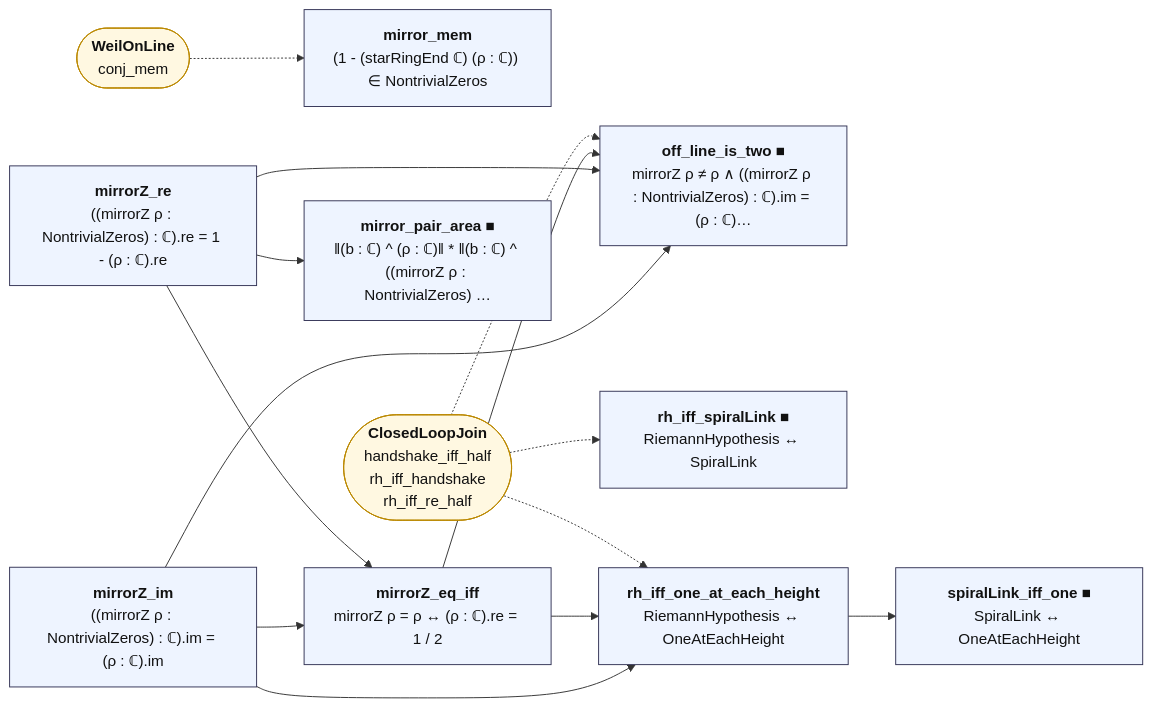
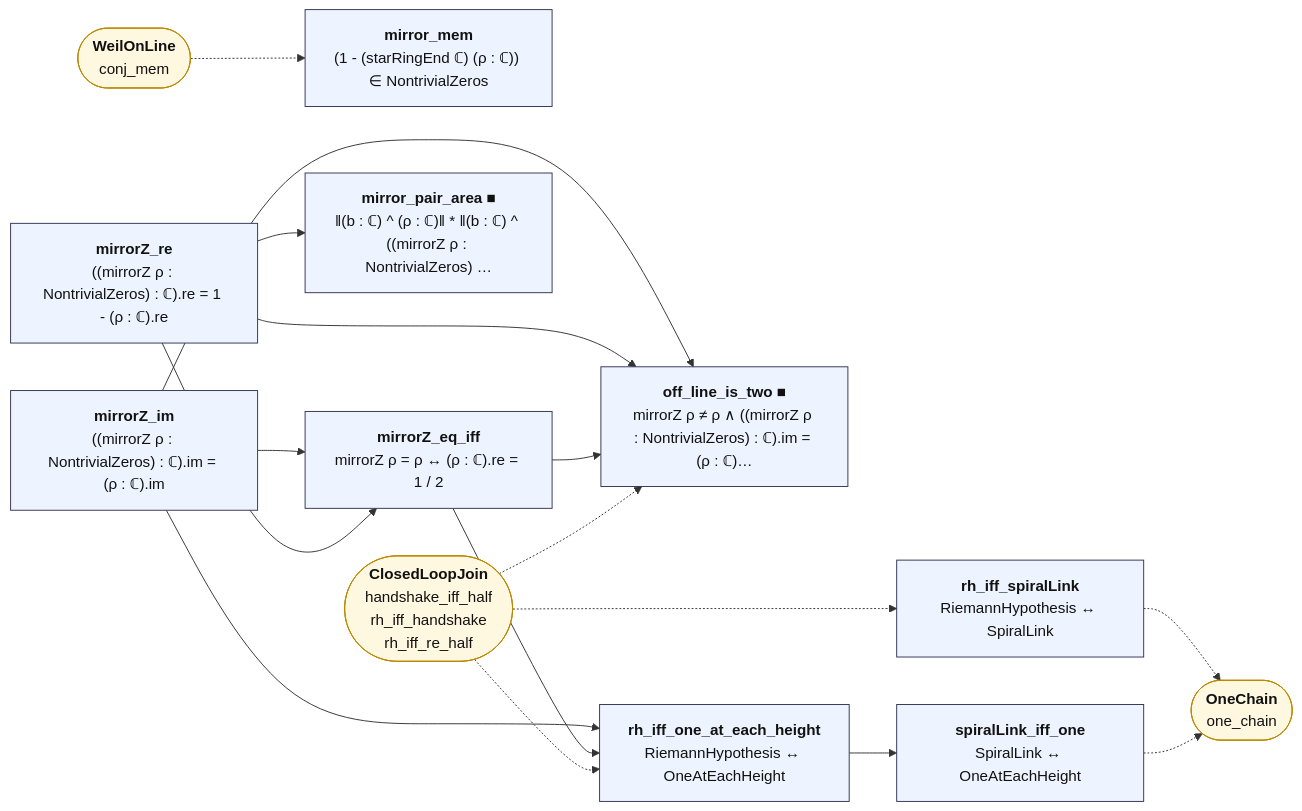
The diagram in map/lean_stage3/SpiralLink.md (juliansambranojr/Primebeat_081426), drawn with Mermaid before and after one commit. The commit also changed other lines of this file and 62 other files, not shown here.

First line of the commit message:
Block J4: one chain, the closed loop tied to the tree's main theorems (unit 0479)

````diff
--- a/map/lean_stage3/SpiralLink.md
+++ b/map/lean_stage3/SpiralLink.md
@@ -14,35 +14,38 @@
 ```mermaid
 flowchart LR
   n0["<b>mirror_mem</b><br/>(1 - (starRingEnd ℂ) (ρ : ℂ)) ∈ NontrivialZeros"]:::thm
   n1["<b>mirrorZ_im</b><br/>((mirrorZ ρ : NontrivialZeros) : ℂ).im = (ρ : ℂ).im"]:::thm
   n2["<b>mirrorZ_re</b><br/>((mirrorZ ρ : NontrivialZeros) : ℂ).re = 1 - (ρ : ℂ).re"]:::thm
   n3["<b>mirrorZ_eq_iff</b><br/>mirrorZ ρ = ρ ↔ (ρ : ℂ).re = 1 / 2"]:::thm
   n4["<b>mirror_pair_area ■</b><br/>‖(b : ℂ) ^ (ρ : ℂ)‖ * ‖(b : ℂ) ^ ((mirrorZ ρ : NontrivialZeros) …"]:::thm
   n5["<b>off_line_is_two ■</b><br/>mirrorZ ρ ≠ ρ ∧ ((mirrorZ ρ : NontrivialZeros) : ℂ).im = (ρ : ℂ)…"]:::thm
-  n6["<b>rh_iff_spiralLink ■</b><br/>RiemannHypothesis ↔ SpiralLink"]:::thm
+  n6["<b>rh_iff_spiralLink</b><br/>RiemannHypothesis ↔ SpiralLink"]:::thm
   n7["<b>rh_iff_one_at_each_height</b><br/>RiemannHypothesis ↔ OneAtEachHeight"]:::thm
-  n8["<b>spiralLink_iff_one ■</b><br/>SpiralLink ↔ OneAtEachHeight"]:::thm
+  n8["<b>spiralLink_iff_one</b><br/>SpiralLink ↔ OneAtEachHeight"]:::thm
   x0(["<b>WeilOnLine</b><br/>conj_mem"]):::ext
   x1(["<b>ClosedLoopJoin</b><br/>handshake_iff_half<br/>rh_iff_handshake<br/>rh_iff_re_half"]):::ext
+  x2(["<b>OneChain</b><br/>one_chain"]):::ext
   n1 --> n3
   n1 --> n5
   n1 --> n7
   n2 --> n3
   n2 --> n4
   n2 --> n5
   n3 --> n5
   n3 --> n7
   n7 --> n8
+  n6 -.-> x2
+  n8 -.-> x2
   x0 -.-> n0
   x1 -.-> n5
   x1 -.-> n6
   x1 -.-> n7
   classDef cnt fill:#dff5ec,stroke:#17694a,color:#111
   classDef shp fill:#f1ecfb,stroke:#5b3fa0,color:#111
   classDef rh fill:#ffe5e5,stroke:#c22,color:#111,stroke-width:2px
   classDef thm fill:#eef4ff,stroke:#335,color:#111
   classDef end_ fill:#e7f7e7,stroke:#2a7,color:#111,stroke-width:2px
   classDef lone fill:#fff,stroke:#999,color:#111,stroke-dasharray:4 3
   classDef bad fill:#ffe5e5,stroke:#c22,color:#111,stroke-width:2px
   classDef ext fill:#fff8e1,stroke:#b80,color:#111
 ```
````
